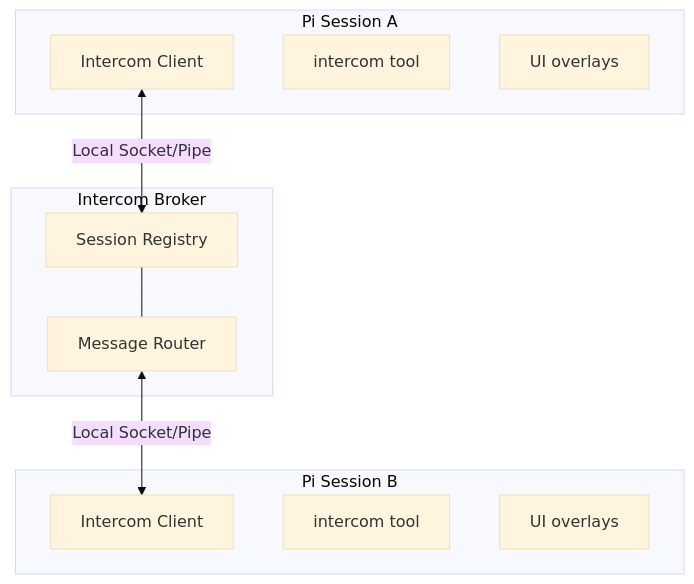
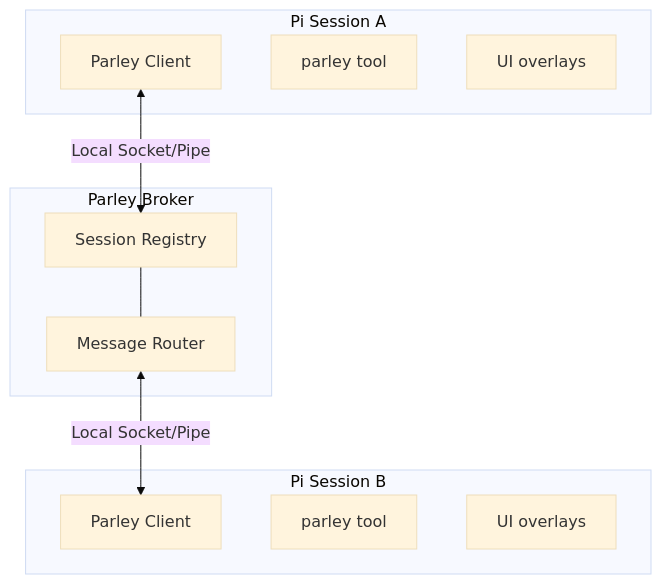
The diagram in README.md (Scott-Meyer/pi-intercom-subagent-acl), drawn with Mermaid (base theme) before and after one commit. The commit also changed other lines of this file and 15 other files, not shown here.

````diff
--- a/README.md
+++ b/README.md
@@ -281,23 +285,23 @@
 ```mermaid
 graph TB
     subgraph A["Pi Session A"]
-        A1[Intercom Client]
-        A2[intercom tool]
+        A1[Parley Client]
+        A2[parley tool]
         A3[UI overlays]
     end
 
-    subgraph Broker["Intercom Broker"]
+    subgraph Broker["Parley Broker"]
         B1[Session Registry]
         B2[Message Router]
     end
 
     subgraph B["Pi Session B"]
-        B3[Intercom Client]
-        B4[intercom tool]
+        B3[Parley Client]
+        B4[parley tool]
         B5[UI overlays]
     end
 
     A1 <-->|Local Socket/Pipe| B1
     B1 --- B2
     B2 <-->|Local Socket/Pipe| B3
 ```
````
